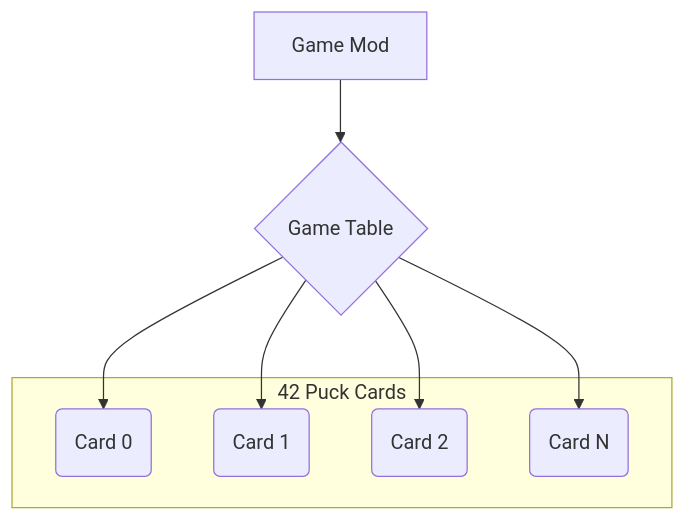
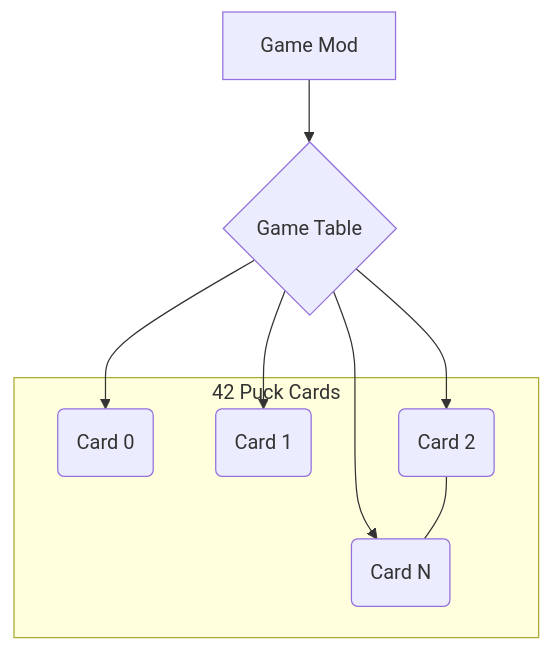
Before and after one commit to Jimmy888888/My_Solitaire_rewrite: the diagram in README.md, drawn with Mermaid.

````diff
--- a/README.md
+++ b/README.md
@@ -6,14 +6,15 @@
 ```mermaid
 graph TD
 A[Game Mod] -->B{Game Table}
 B -->C(Card 0)
 B -->D(Card 1)
 B -->E(Card 2)
 B -->F(Card N)
+E ---F
 subgraph 42 Puck Cards
 C
 D
 E
 F
 end
 ```
````
